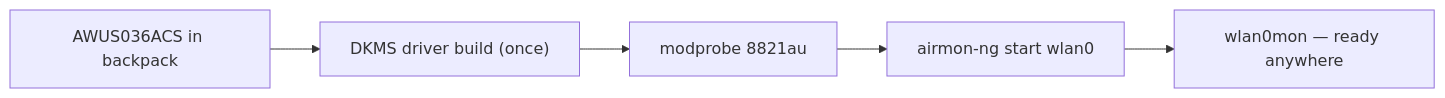
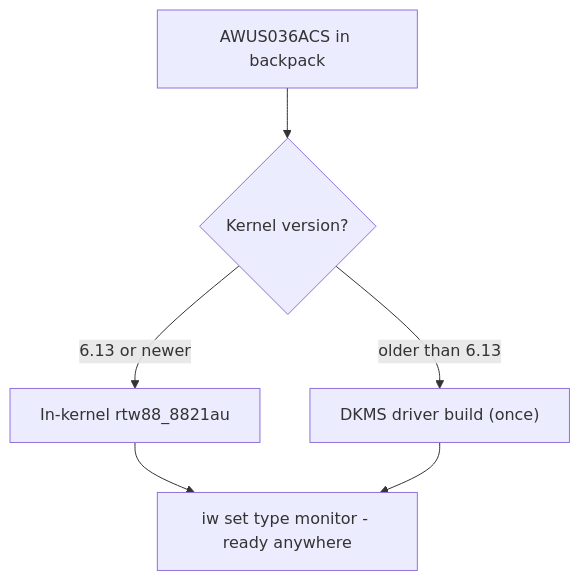
Before and after one commit to yopitek/yupitek-wiki: the diagram in docs/01-alfa-network/products/awus036acs/index.md, drawn with Mermaid. The commit also changed other lines of this file and 108 other files, not shown here.

````diff
--- a/docs/01-alfa-network/products/awus036acs/index.md
+++ b/docs/01-alfa-network/products/awus036acs/index.md
@@ -46,7 +97,8 @@
 ```mermaid
-flowchart LR
-    A["AWUS036ACS in backpack"] --> B["DKMS driver build (once)"]
-    B --> C["modprobe 8821au"]
-    C --> D["airmon-ng start wlan0"]
-    D --> E["wlan0mon — ready anywhere"]
+flowchart TD
+    A["AWUS036ACS in backpack"] --> B{"Kernel version?"}
+    B -->|"6.13 or newer"| C["In-kernel rtw88_8821au"]
+    B -->|"older than 6.13"| D["DKMS driver build (once)"]
+    C --> E["iw set type monitor - ready anywhere"]
+    D --> E
 ```
````
